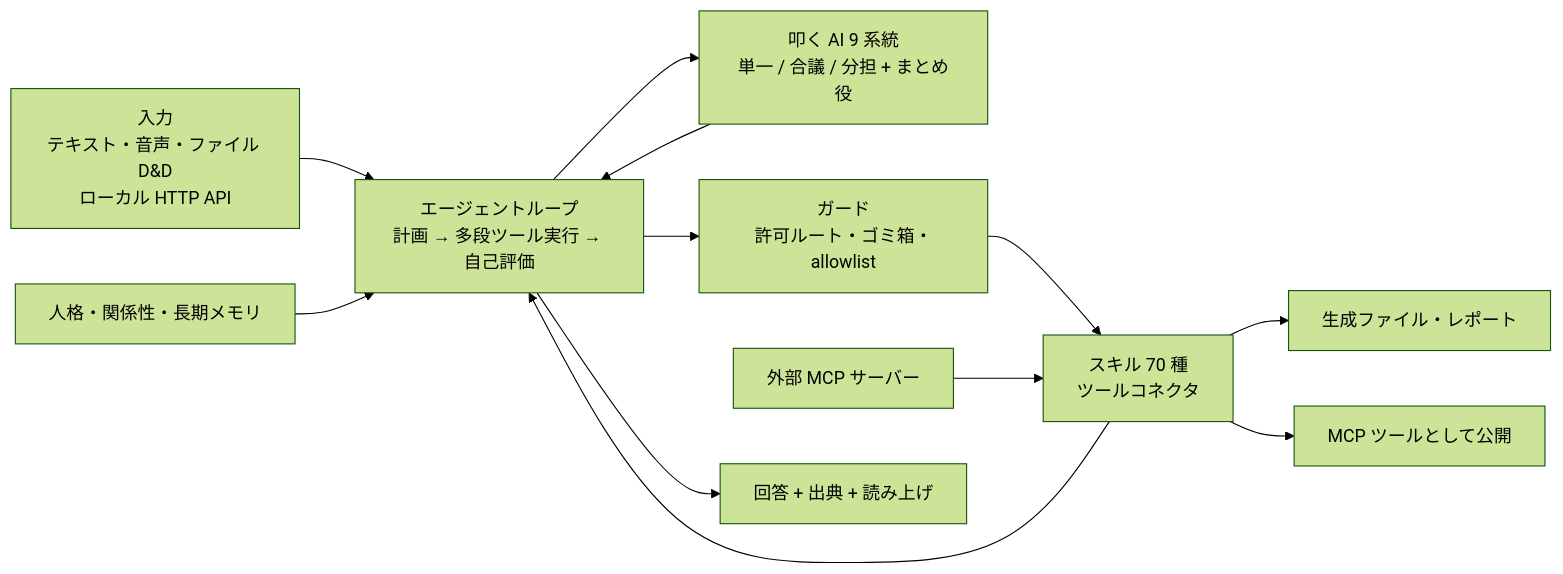
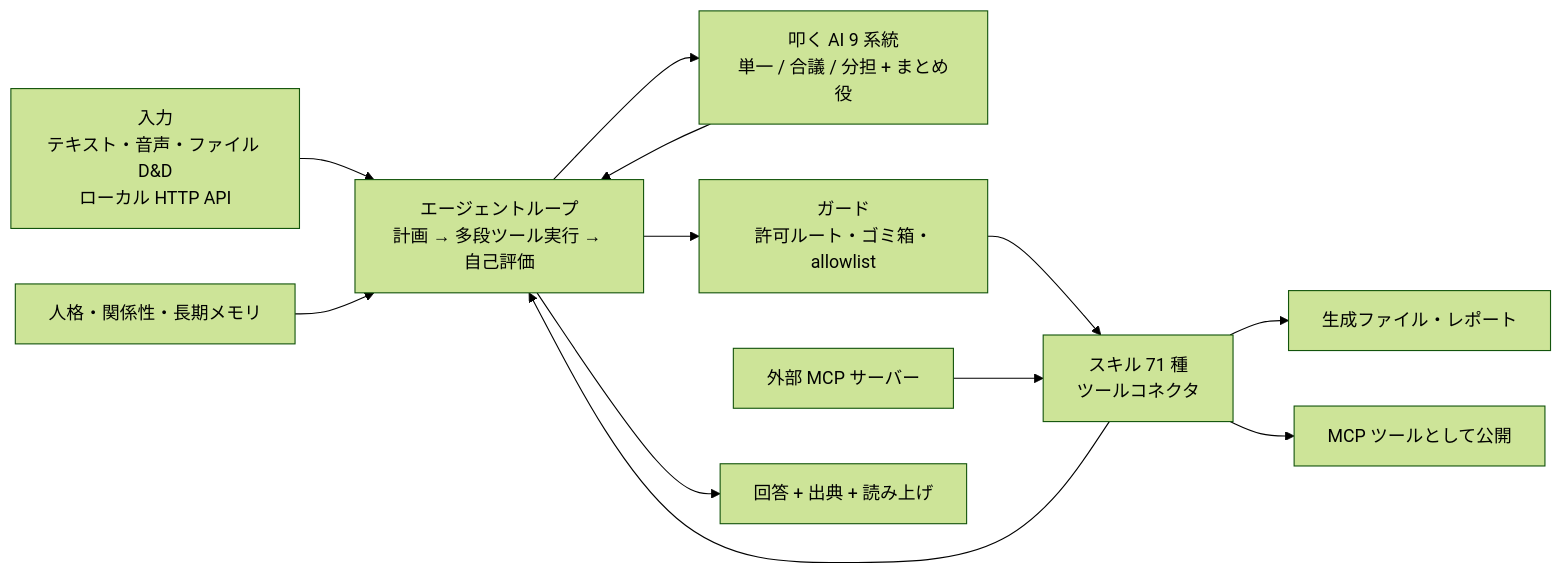
Before and after one commit to benybeny777/PicoAgent: the diagram in README.md, drawn with Mermaid (forest theme). The commit also changed other lines of this file and 13 other files, not shown here.

````diff
--- a/README.md
+++ b/README.md
@@ -71,14 +71,14 @@
 ```mermaid
 flowchart LR
   IN["入力<br/>テキスト・音声・ファイル D&amp;D<br/>ローカル HTTP API"] --> LOOP
   PERSONA["人格・関係性・長期メモリ"] --> LOOP
   LOOP["エージェントループ<br/>計画 → 多段ツール実行 → 自己評価"] --> AI
   AI["叩く AI 9 系統<br/>単一 / 合議 / 分担 + まとめ役"] --> LOOP
   LOOP --> GUARD["ガード<br/>許可ルート・ゴミ箱・allowlist"]
-  GUARD --> SKILLS["スキル 70 種<br/>ツールコネクタ"]
+  GUARD --> SKILLS["スキル 71 種<br/>ツールコネクタ"]
   SKILLS --> LOOP
   MCPIN["外部 MCP サーバー"] --> SKILLS
   LOOP --> OUT["回答 + 出典 + 読み上げ"]
   SKILLS --> FILES["生成ファイル・レポート"]
   SKILLS --> MCPOUT["MCP ツールとして公開"]
 ```
````
